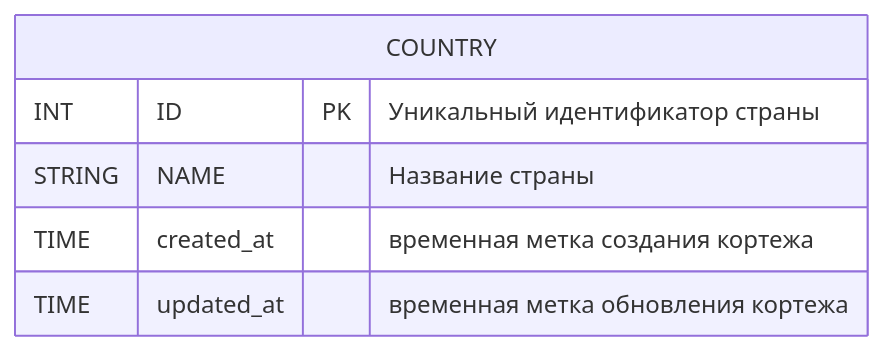
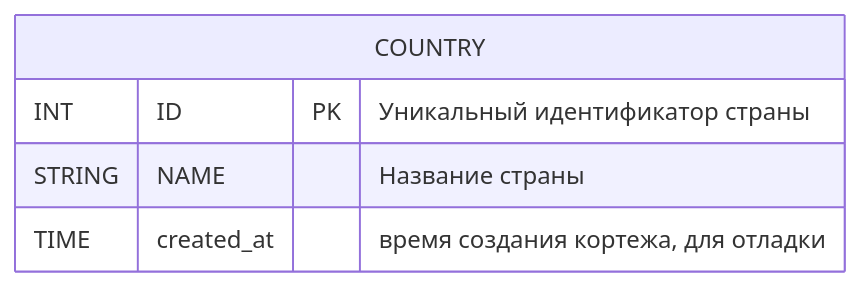
Before and after one commit to go-park-mail-ru/2024_1_Cyberkotletki: the second of 25 diagrams in db/normalized/relations.md, drawn with Mermaid. The commit also changed other lines of this file and 2 other files, not shown here.

````diff
--- a/db/normalized/relations.md
+++ b/db/normalized/relations.md
@@ -31,9 +45,8 @@
 ```mermaid
 erDiagram
     COUNTRY {
         INT ID PK "Уникальный идентификатор страны"
         STRING NAME "Название страны"
-        TIME created_at "временная метка создания кортежа"
-        TIME updated_at "временная метка обновления кортежа"
+        TIME created_at "время создания кортежа, для отладки"
     }
 ```
````
